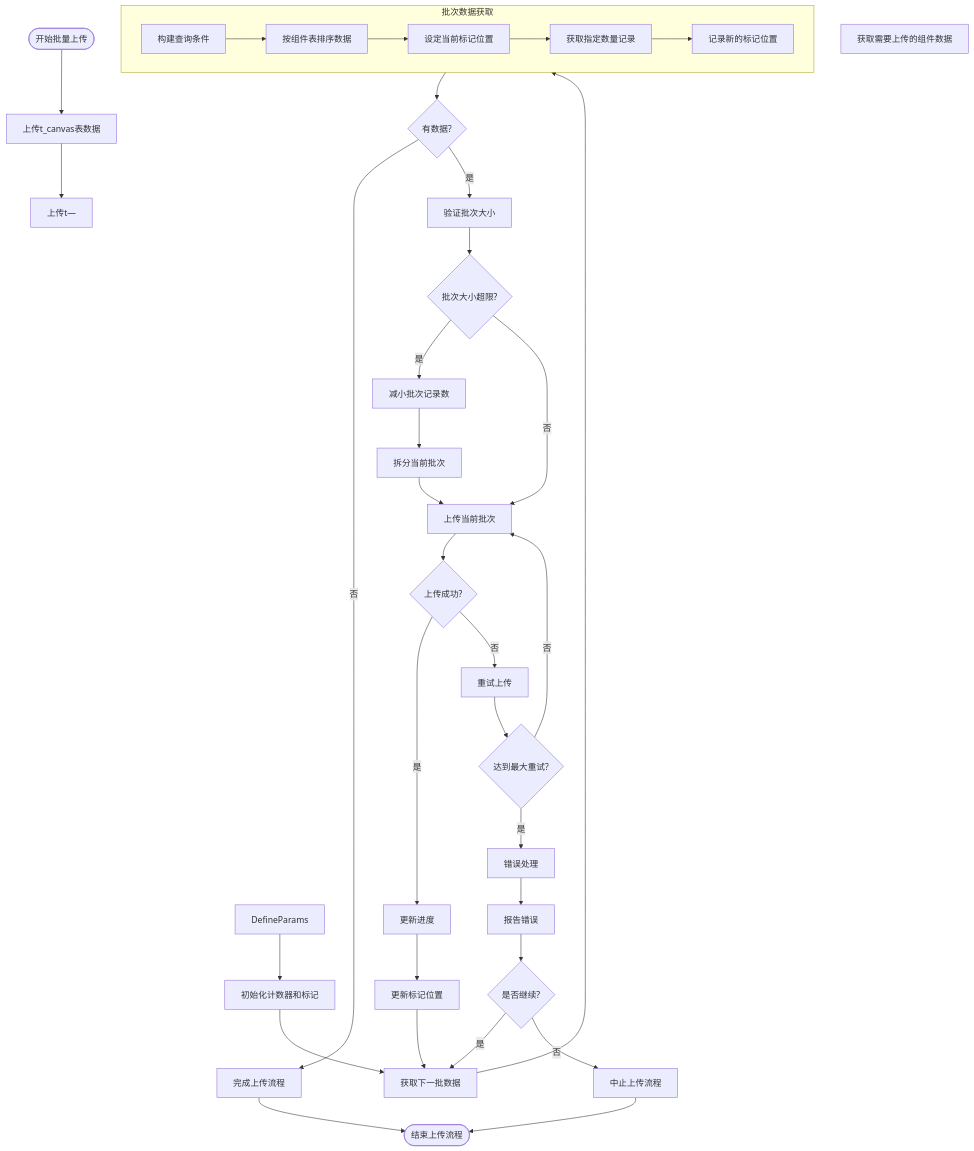
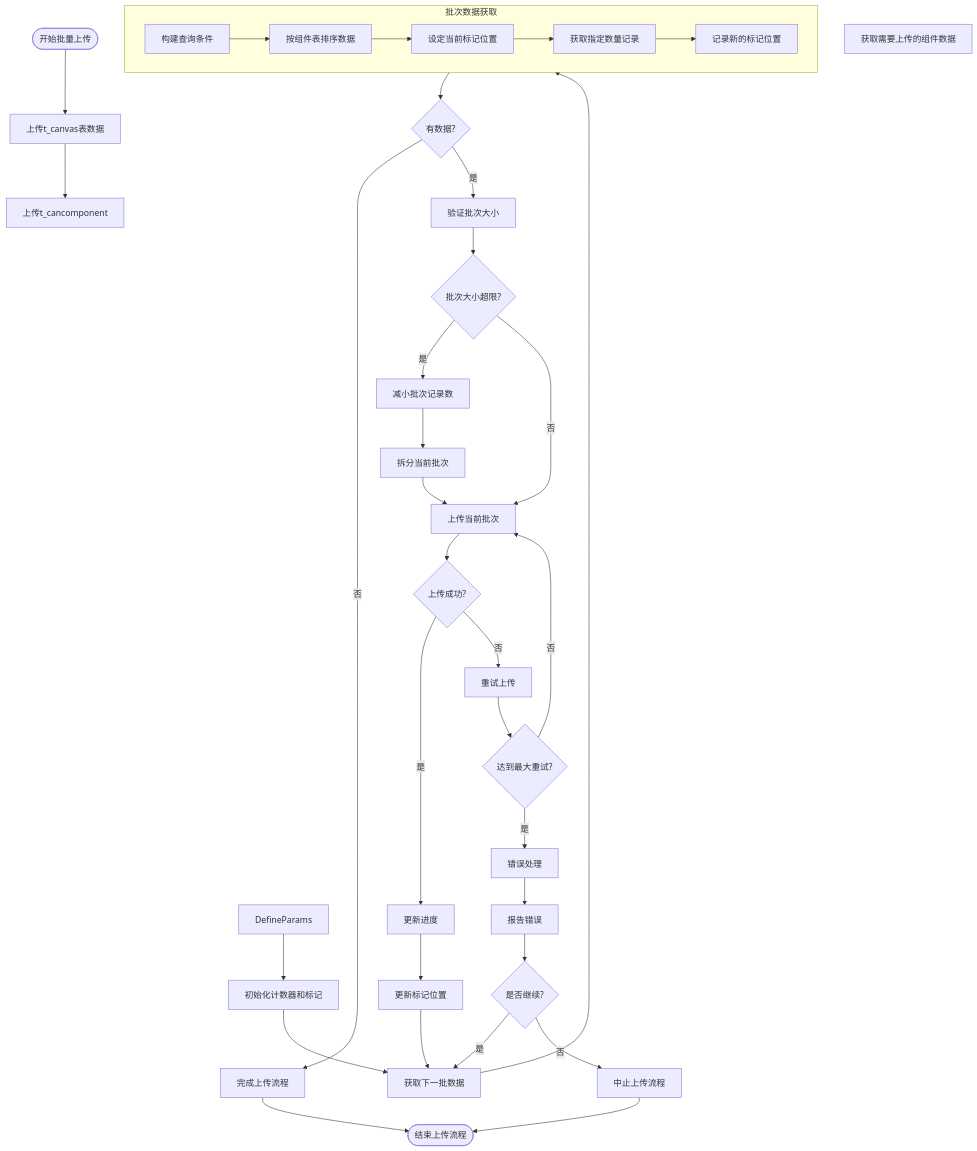
The diagram in all/未命名-51.md (yingjianzh/iodraw-files), drawn with Mermaid before and after one commit.

Commit message:
2025-05-08 17:23:38 update

````diff
--- a/all/未命名-51.md
+++ b/all/未命名-51.md
@@ -1,49 +1,49 @@
 ```mermaid
 flowchart TD
     Start([开始批量上传]) --> UploadSpaceData[上传t_canvas表数据]
-    UploadSpaceData --> UploadComponentListData[上传t—]
+    UploadSpaceData --> UploadComponentListData[上传t_cancomponent]
     
     UploadData[获取需要上传的组件数据]
     DefineParams --> InitCounters[初始化计数器和标记]
     
     InitCounters --> FetchNextBatch[获取下一批数据]
     
     subgraph BatchFetch [批次数据获取]
         A[构建查询条件] --> B[按组件表排序数据]
         B --> C[设定当前标记位置]
         C --> D[获取指定数量记录]
         D --> E[记录新的标记位置]
     end
     
     FetchNextBatch --> BatchFetch
     
     BatchFetch --> CheckResults{有数据?}
     CheckResults -->|否| CompleteUpload[完成上传流程]
     CheckResults -->|是| ValidateBatch[验证批次大小]
     
     ValidateBatch --> SizeTooLarge{批次大小超限?}
     SizeTooLarge -->|是| AdjustBatchSize[减小批次记录数]
     SizeTooLarge -->|否| UploadBatch[上传当前批次]
     
     AdjustBatchSize --> SplitBatch[拆分当前批次]
     SplitBatch --> UploadBatch
     
     UploadBatch --> UploadSuccess{上传成功?}
     UploadSuccess -->|是| UpdateProgress[更新进度]
     UploadSuccess -->|否| RetryUpload[重试上传]
     
     RetryUpload --> MaxRetries{达到最大重试?}
     MaxRetries -->|否| UploadBatch
     MaxRetries -->|是| ErrorHandling[错误处理]
     
     ErrorHandling --> ReportError[报告错误]
     ReportError --> ContinueOption{是否继续?}
     ContinueOption -->|是| FetchNextBatch
     ContinueOption -->|否| AbortProcess[中止上传流程]
     
     UpdateProgress --> UpdateMarker[更新标记位置]
     UpdateMarker --> FetchNextBatch
     
     CompleteUpload --> End([结束上传流程])
     AbortProcess --> End
 ```
````
